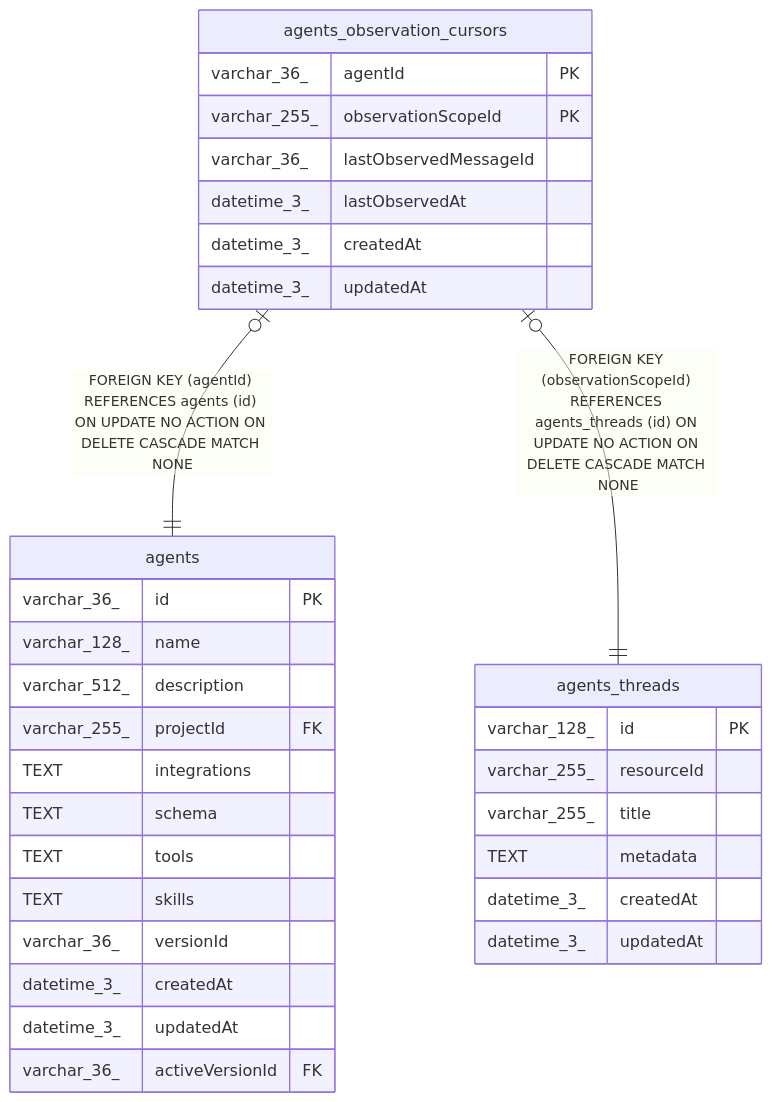
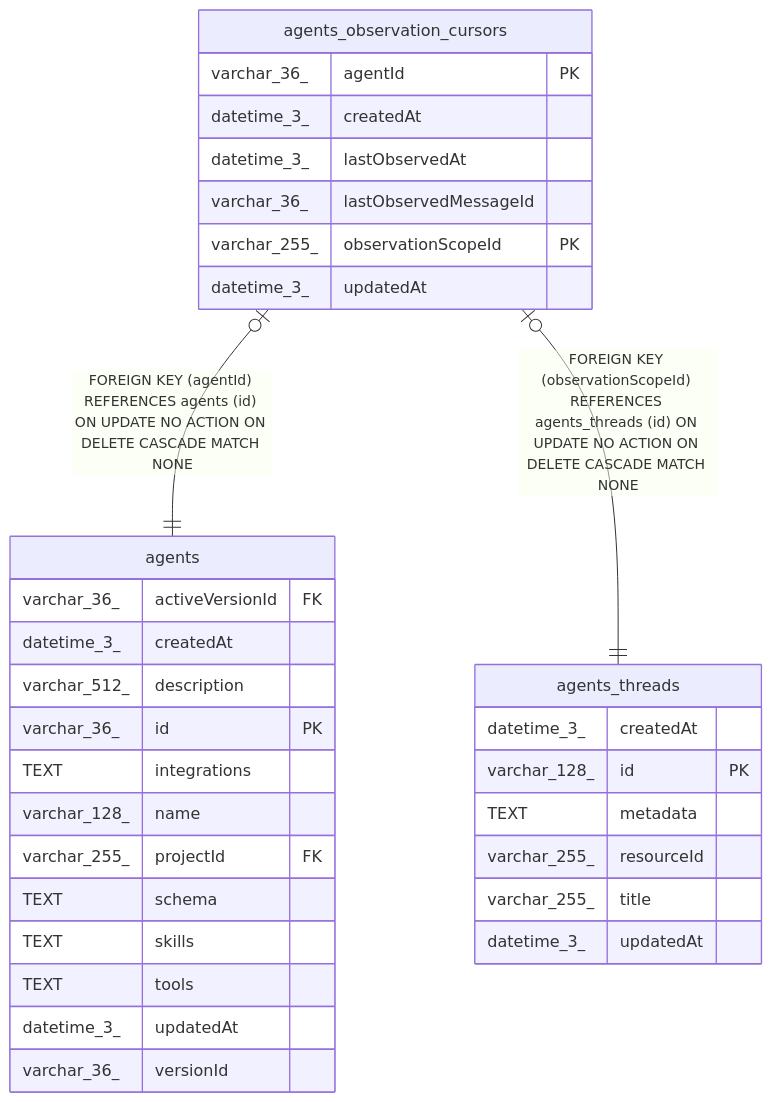
Before and after one commit to mayankjain1815-commits/n8n: the diagram in docs/generated/sqlite-schema/agents_observation_cursors.md, drawn with Mermaid. The commit also changed other lines of this file and 221 other files, not shown here.

Commit message:
chore(core): Make DB schema docs generation deterministic (#32373)

````diff
--- a/docs/generated/sqlite-schema/agents_observation_cursors.md
+++ b/docs/generated/sqlite-schema/agents_observation_cursors.md
@@ -44,37 +44,37 @@
 ```mermaid
 erDiagram
 
 "agents_observation_cursors" |o--|| "agents" : "FOREIGN KEY (agentId) REFERENCES agents (id) ON UPDATE NO ACTION ON DELETE CASCADE MATCH NONE"
 "agents_observation_cursors" |o--|| "agents_threads" : "FOREIGN KEY (observationScopeId) REFERENCES agents_threads (id) ON UPDATE NO ACTION ON DELETE CASCADE MATCH NONE"
 
 "agents_observation_cursors" {
   varchar_36_ agentId PK
+  datetime_3_ createdAt
+  datetime_3_ lastObservedAt
+  varchar_36_ lastObservedMessageId
   varchar_255_ observationScopeId PK
-  varchar_36_ lastObservedMessageId
-  datetime_3_ lastObservedAt
-  datetime_3_ createdAt
   datetime_3_ updatedAt
 }
 "agents" {
+  varchar_36_ activeVersionId FK
+  datetime_3_ createdAt
+  varchar_512_ description
   varchar_36_ id PK
+  TEXT integrations
   varchar_128_ name
-  varchar_512_ description
   varchar_255_ projectId FK
-  TEXT integrations
   TEXT schema
+  TEXT skills
   TEXT tools
-  TEXT skills
+  datetime_3_ updatedAt
   varchar_36_ versionId
-  datetime_3_ createdAt
-  datetime_3_ updatedAt
-  varchar_36_ activeVersionId FK
 }
 "agents_threads" {
+  datetime_3_ createdAt
   varchar_128_ id PK
+  TEXT metadata
   varchar_255_ resourceId
   varchar_255_ title
-  TEXT metadata
-  datetime_3_ createdAt
   datetime_3_ updatedAt
 }
 ```
````
